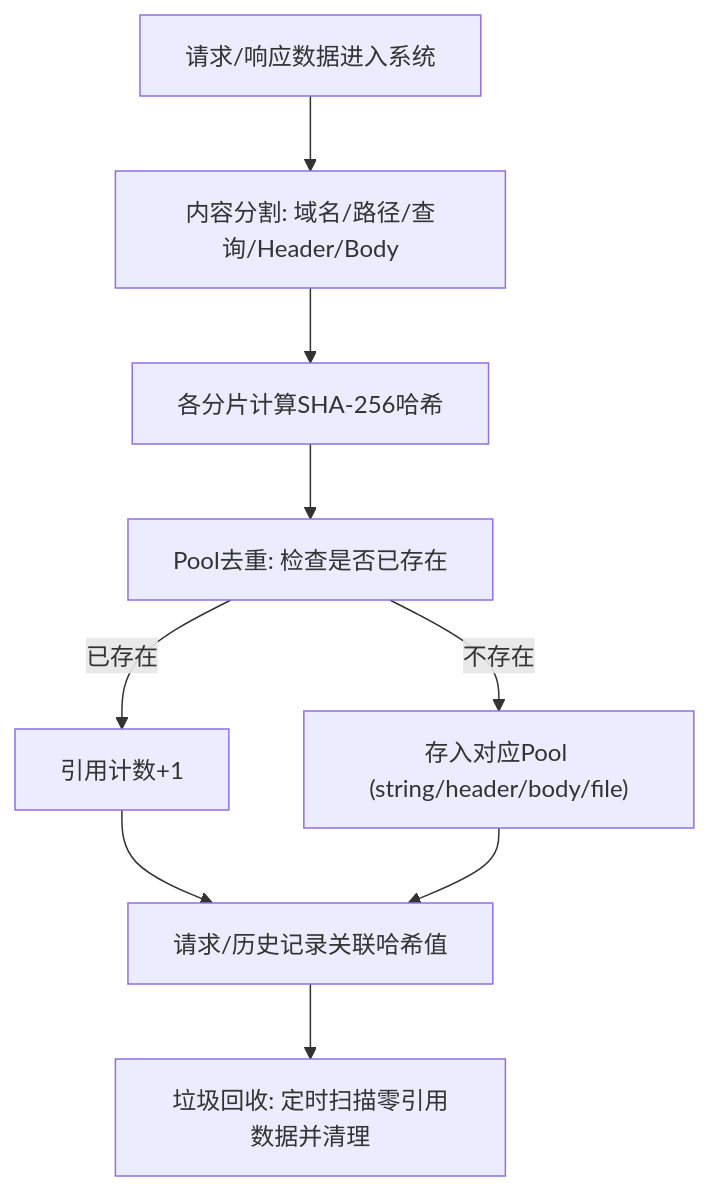
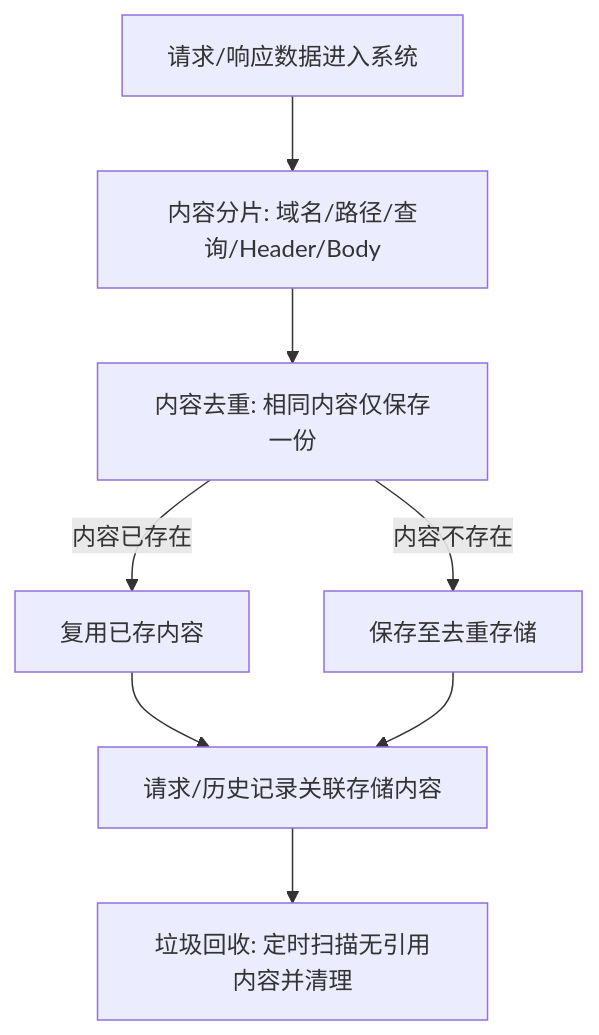
One commit to GitHubNull/repeaterManger changed the fifth of 6 diagrams in doc/design/分离式架构_PRD.md. Above: the diagram before and after it, drawn with Mermaid. The commit also changed other lines of this file and 34 other files, not shown here.

````diff
--- a/doc/design/分离式架构_PRD.md
+++ b/doc/design/分离式架构_PRD.md
@@ -433,11 +456,10 @@
 ```mermaid
 graph TB
-    A["请求/响应数据进入系统"] --> B["内容分割: 域名/路径/查询/Header/Body"]
-    B --> C["各分片计算SHA-256哈希"]
-    C --> D["Pool去重: 检查是否已存在"]
-    D -->|"已存在"| E["引用计数+1"]
-    D -->|"不存在"| F["存入对应Pool (string/header/body/file)"]
-    E --> G["请求/历史记录关联哈希值"]
-    F --> G
-    G --> H["垃圾回收: 定时扫描零引用数据并清理"]
+    A["请求/响应数据进入系统"] --> B["内容分片: 域名/路径/查询/Header/Body"]
+    B --> C["内容去重: 相同内容仅保存一份"]
+    C -->|"内容已存在"| D["复用已存内容"]
+    C -->|"内容不存在"| E["保存至去重存储"]
+    D --> F["请求/历史记录关联存储内容"]
+    E --> F
+    F --> G["垃圾回收: 定时扫描无引用内容并清理"]
 ```
````
